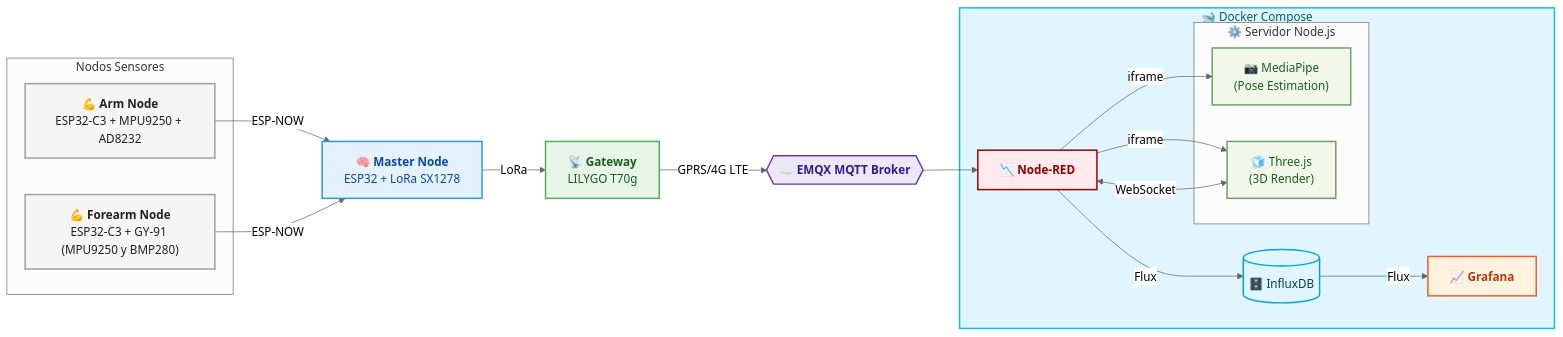
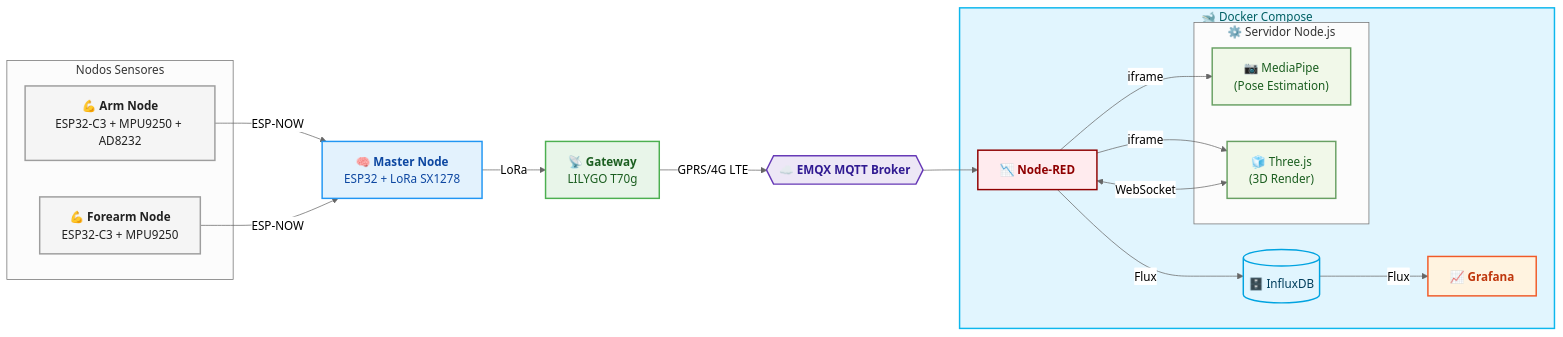
One commit to EdwinSotoSHz/Intelligent-IMU-Wireless-Nodes-ESP32-for-Posture-Reeducation-and-Strengthening changed the diagram in README.md. Above: the diagram before and after it, drawn with Mermaid (neutral theme). The commit also changed other lines of this file and 2 other files, not shown here.

Commit message:
CAM fixes and Readme.md

````diff
--- a/README.md
+++ b/README.md
@@ -104,61 +104,61 @@
 ```mermaid
 
 graph LR
     %% ===== ESTILOS BASADOS EN LOGOS OFICIALES (Borde fuerte / Fondo suave) =====
     classDef hardware fill:#f5f5f5,stroke:#9e9e9e,stroke-width:2px,color:#212121
     classDef master fill:#e3f2fd,stroke:#2196f3,stroke-width:2px,color:#0d47a1
     classDef gateway fill:#e8f5e9,stroke:#4caf50,stroke-width:2px,color:#1b5e20
     classDef cloud fill:#ede7f6,stroke:#673ab7,stroke-width:2px,color:#311b92
     classDef docker fill:#e1f5fe,stroke:#0db7ed,stroke-width:2px,color:#006064
     classDef nodered fill:#ffebee,stroke:#8f0000,stroke-width:2px,color:#8f0000
     classDef influx fill:#e1f5fe,stroke:#00a3e0,stroke-width:2px,color:#003d5b
     classDef grafana fill:#fff3e0,stroke:#f05a28,stroke-width:2px,color:#bf360c
     classDef nodejs fill:#f1f8e9,stroke:#68a063,stroke-width:2px,color:#1b5e20
 
     subgraph Perifericos ["Nodos Sensores"]
         A1["💪 <b>Arm Node</b><br/>ESP32-C3 + MPU9250 + AD8232"]
-        A2["💪 <b>Forearm Node</b><br/>ESP32-C3 + GY-91 (MPU9250 y BMP280)"]
+        A2["💪 <b>Forearm Node</b><br/>ESP32-C3 + MPU9250"]
     end
 
     B1["🧠 <b>Master Node</b><br/>ESP32 + LoRa SX1278"]
     
     C1["📡 <b>Gateway</b><br/>LILYGO T70g"]
 
     D1{{"☁️ <b>EMQX MQTT Broker</b>"}}
 
     subgraph DockerContainer ["🐋 Docker Compose"]
         E1["📉 <b>Node-RED</b>"]
         E2[("🗄️ InfluxDB")]
         E3["📈 <b>Grafana</b>"]
         
         subgraph NodeJS ["⚙️ Servidor Node.js"]
             E4["📷 MediaPipe<br/>(Pose Estimation)"]
             E5["🧊 Three.js<br/>(3D Render)"]
         end
     end
 
     %% Conexiones y Protocolos
     A1 & A2 -- "ESP-NOW" --> B1
     B1 -- "LoRa" --> C1
     C1 -- "GPRS/4G LTE" --> D1
     D1 --> E1
     
     %% Conexiones de visualización e integración
     E1 -- "iframe" --> E5
     E1 -- "iframe" --> E4
     E1 <-->|"WebSocket"| E5
     E1 -->|"Flux"| E2
     E2 -->|"Flux"| E3
 
     %% Aplicación de Estilos
     class A1,A2 hardware
     class B1 master
     class C1 gateway
     class D1 cloud
     class DockerContainer docker
     class E1 nodered
     class E2 influx
     class E3 grafana
     class E4,E5 nodejs
     
 ```
````
